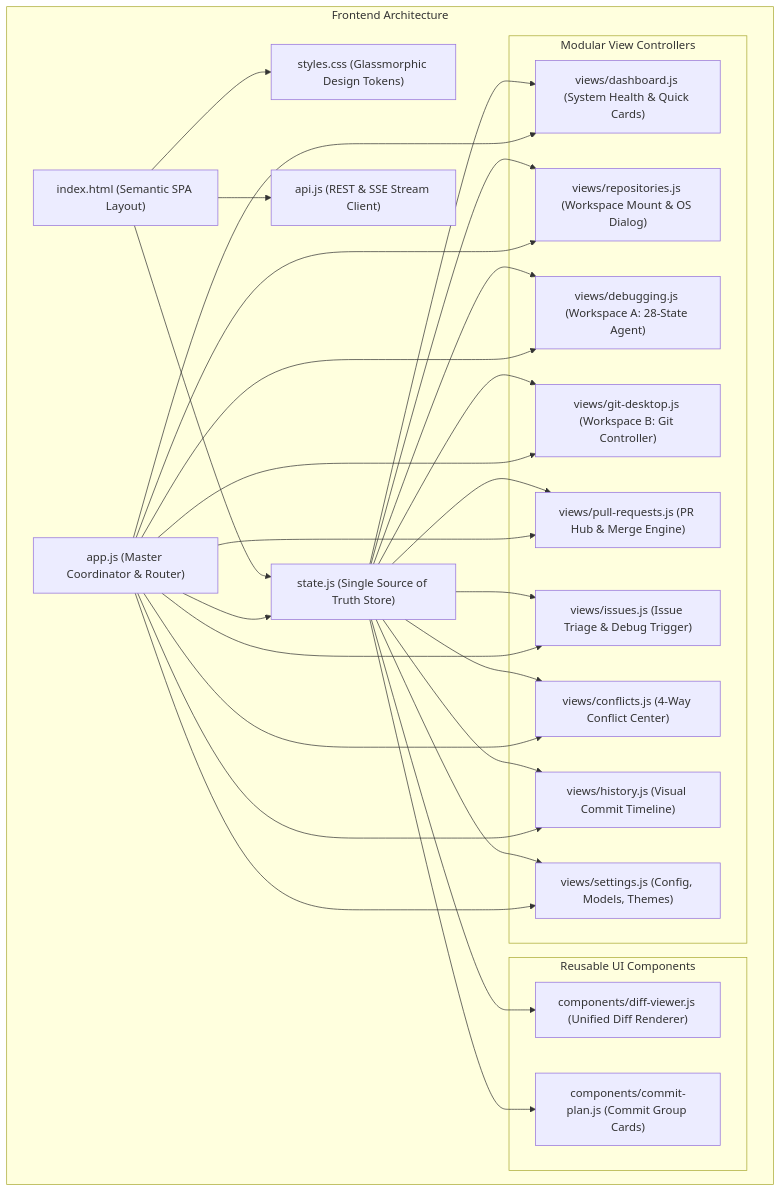
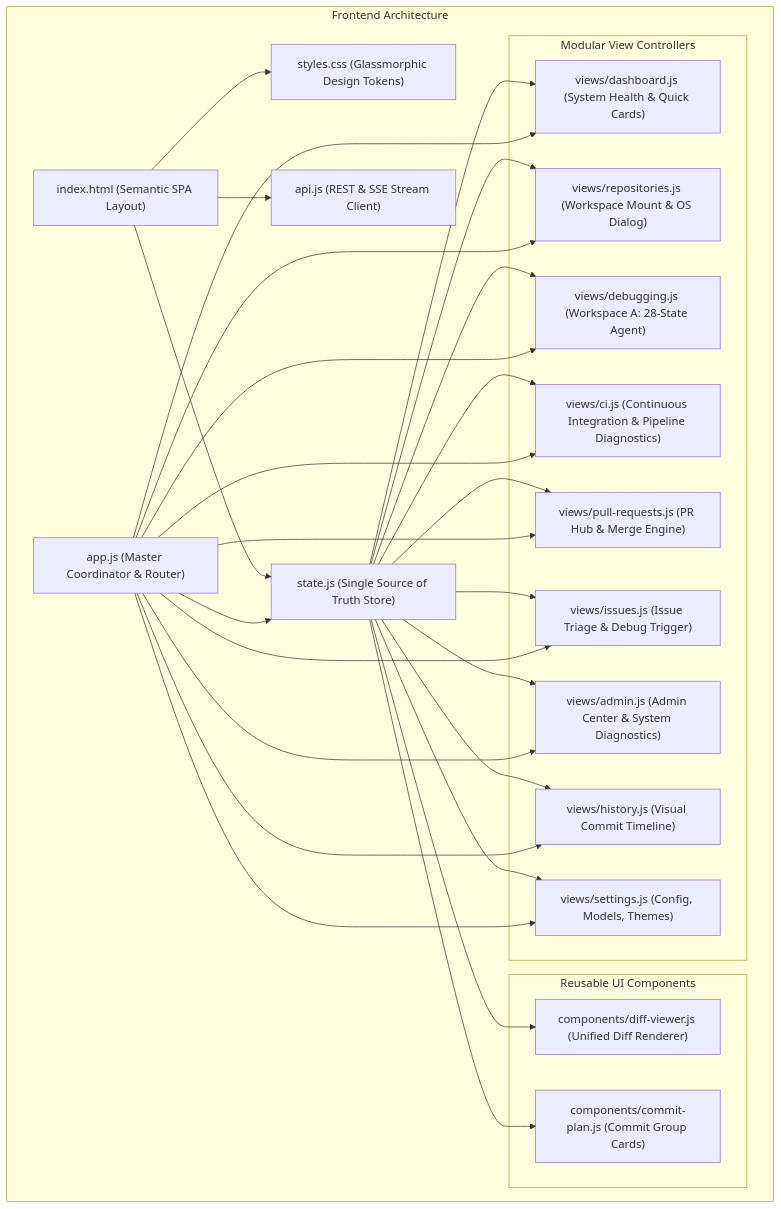
The second of 5 diagrams in docs/architecture.md (HarshPariya/git-agent), drawn with Mermaid before and after one commit. The commit also changed other lines of this file and 42 other files, not shown here.

````diff
--- a/docs/architecture.md
+++ b/docs/architecture.md
@@ -88,36 +88,36 @@
 ```mermaid
 graph TD
     subgraph "Frontend Architecture"
         INDEX["index.html (Semantic SPA Layout)"]
         CSS["styles.css (Glassmorphic Design Tokens)"]
         STATE["state.js (Single Source of Truth Store)"]
         API_JS["api.js (REST & SSE Stream Client)"]
         
         subgraph "Reusable UI Components"
             DIFF_COMP["components/diff-viewer.js (Unified Diff Renderer)"]
             PLAN_COMP["components/commit-plan.js (Commit Group Cards)"]
         end
         
         subgraph "Modular View Controllers"
             V_DASH["views/dashboard.js (System Health & Quick Cards)"]
             V_REPO["views/repositories.js (Workspace Mount & OS Dialog)"]
             V_DEBUG["views/debugging.js (Workspace A: 28-State Agent)"]
-            V_DESK["views/git-desktop.js (Workspace B: Git Controller)"]
+            V_CI["views/ci.js (Continuous Integration & Pipeline Diagnostics)"]
             V_PR["views/pull-requests.js (PR Hub & Merge Engine)"]
             V_ISS["views/issues.js (Issue Triage & Debug Trigger)"]
-            V_CONF["views/conflicts.js (4-Way Conflict Center)"]
+            V_ADM["views/admin.js (Admin Center & System Diagnostics)"]
             V_HIST["views/history.js (Visual Commit Timeline)"]
             V_SETT["views/settings.js (Config, Models, Themes)"]
         end
         
         APP_JS["app.js (Master Coordinator & Router)"]
     end
     
     INDEX --> CSS
     INDEX --> STATE
     INDEX --> API_JS
     STATE --> DIFF_COMP & PLAN_COMP
-    STATE --> V_DASH & V_REPO & V_DEBUG & V_DESK & V_PR & V_ISS & V_CONF & V_HIST & V_SETT
+    STATE --> V_DASH & V_REPO & V_DEBUG & V_CI & V_PR & V_ISS & V_ADM & V_HIST & V_SETT
     APP_JS --> STATE
-    APP_JS --> V_DASH & V_REPO & V_DEBUG & V_DESK & V_PR & V_ISS & V_CONF & V_HIST & V_SETT
+    APP_JS --> V_DASH & V_REPO & V_DEBUG & V_CI & V_PR & V_ISS & V_ADM & V_HIST & V_SETT
 ```
````
